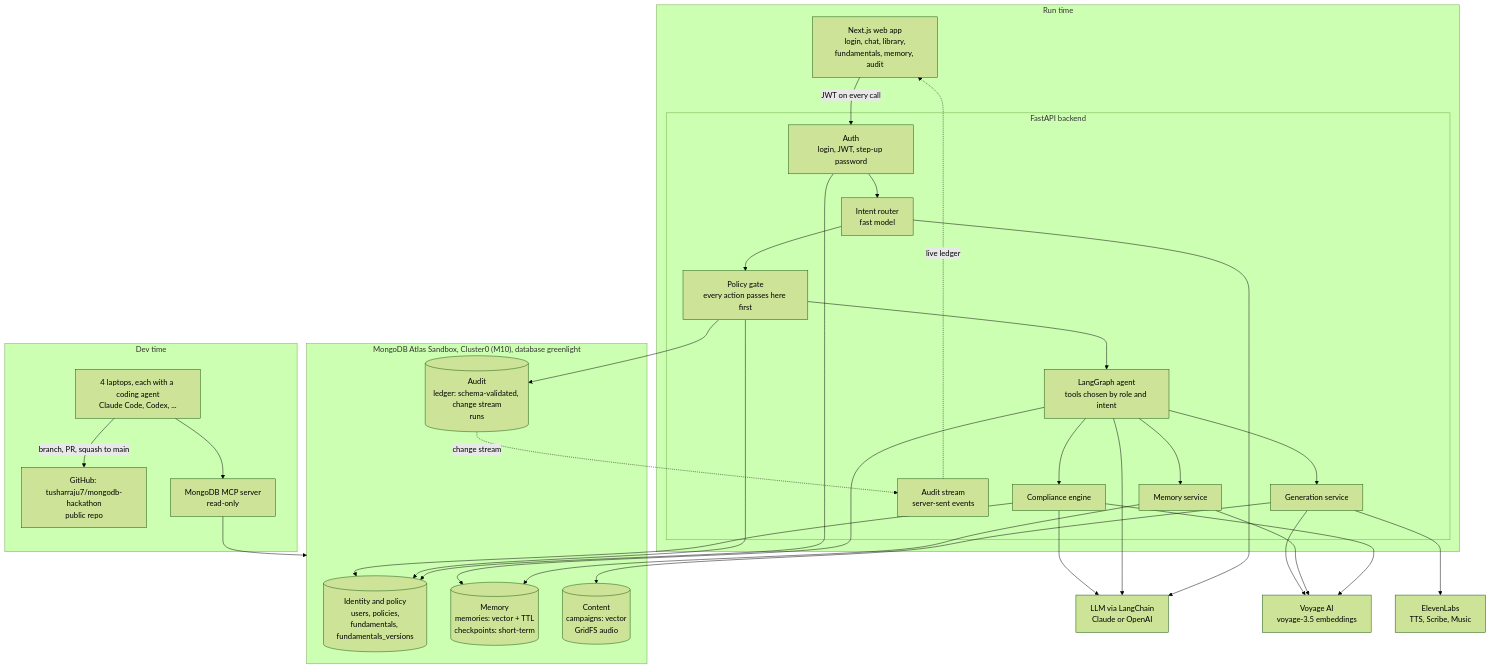
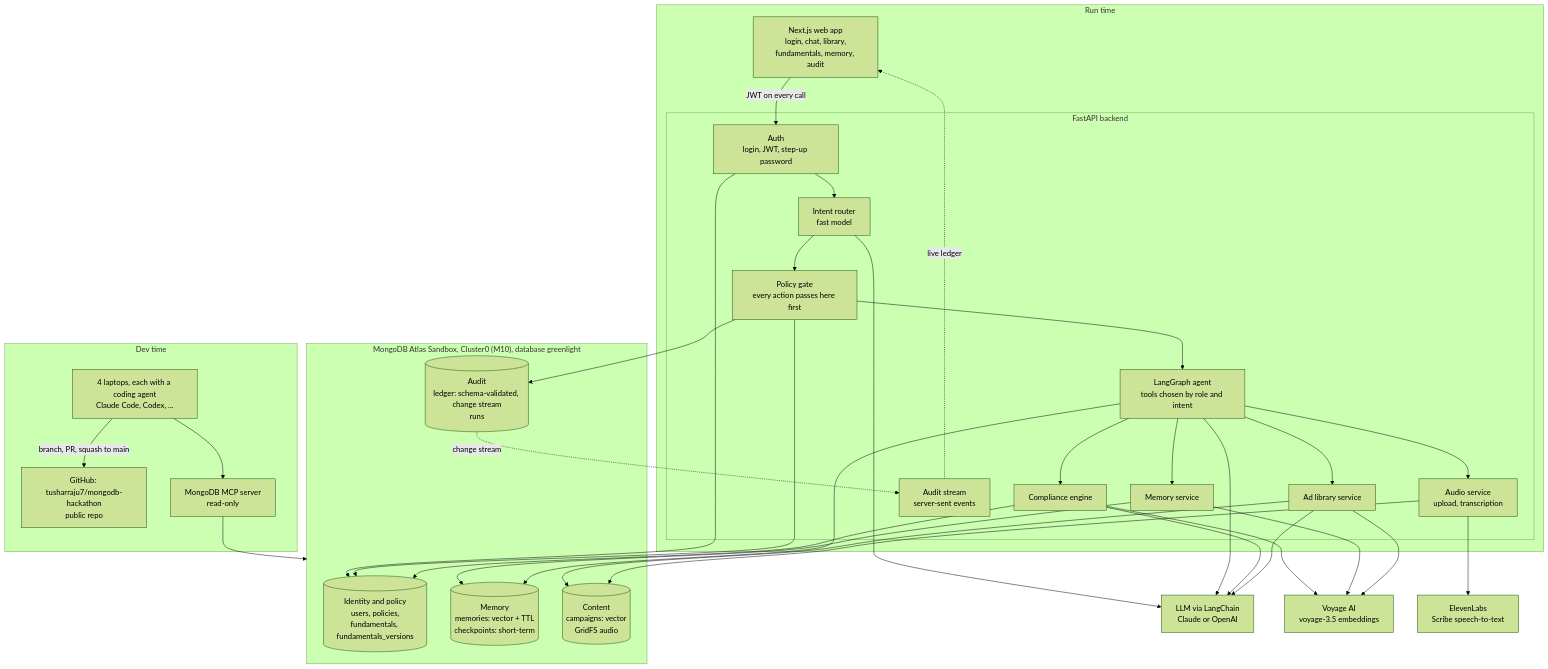
One commit to tusharraju7/mongodb-hackathon changed the diagram in docs/ARCHITECTURE.md. Above: the diagram before and after it, drawn with Mermaid (forest theme). The commit also changed other lines of this file and 7 other files, not shown here.

````diff
--- a/docs/ARCHITECTURE.md
+++ b/docs/ARCHITECTURE.md
@@ -22,58 +22,62 @@
 ```mermaid
 flowchart TB
   subgraph DEV["Dev time"]
     LAP["4 laptops, each with a coding agent<br/>Claude Code, Codex, ..."]
     GH["GitHub: tusharraju7/mongodb-hackathon<br/>public repo"]
     MCP["MongoDB MCP server<br/>read-only"]
     LAP -->|"branch, PR, squash to main"| GH
     LAP --> MCP
   end
 
   subgraph RUN["Run time"]
     WEB["Next.js web app<br/>login, chat, library,<br/>fundamentals, memory, audit"]
     subgraph API["FastAPI backend"]
       AUTH["Auth<br/>login, JWT, step-up password"]
       ROUTER["Intent router<br/>fast model"]
       GATE["Policy gate<br/>every action passes here first"]
       AGENT["LangGraph agent<br/>tools chosen by role and intent"]
       COMP["Compliance engine"]
       MEM["Memory service"]
-      GEN["Generation service"]
+      LIB["Ad library service"]
+      AUDIO["Audio service<br/>upload, transcription"]
       SSE["Audit stream<br/>server-sent events"]
     end
     WEB -->|"JWT on every call"| AUTH
     AUTH --> ROUTER --> GATE --> AGENT
     AGENT --> COMP
     AGENT --> MEM
-    AGENT --> GEN
+    AGENT --> LIB
+    AGENT --> AUDIO
     SSE -.->|"live ledger"| WEB
   end
 
   subgraph ATLAS["MongoDB Atlas Sandbox, Cluster0 (M10), database greenlight"]
     IDP[("Identity and policy<br/>users, policies,<br/>fundamentals, fundamentals_versions")]
     AUD[("Audit<br/>ledger: schema-validated, change stream<br/>runs")]
     MDB[("Memory<br/>memories: vector + TTL<br/>checkpoints: short-term")]
     CON[("Content<br/>campaigns: vector<br/>GridFS audio")]
   end
 
   LLM["LLM via LangChain<br/>Claude or OpenAI"]
   VOY["Voyage AI<br/>voyage-3.5 embeddings"]
-  EL["ElevenLabs<br/>TTS, Scribe, Music"]
+  EL["ElevenLabs<br/>Scribe speech-to-text"]
 
   AUTH --> IDP
   GATE --> IDP
   GATE --> AUD
   AUD -.->|"change stream"| SSE
   COMP --> IDP
   MEM --> MDB
   AGENT --> MDB
-  GEN --> CON
+  LIB --> CON
+  AUDIO --> CON
   ROUTER --> LLM
   AGENT --> LLM
   COMP --> LLM
   COMP --> VOY
   MEM --> VOY
-  GEN --> VOY
-  GEN --> EL
+  LIB --> VOY
+  LIB --> LLM
+  AUDIO --> EL
   MCP --> ATLAS
 ```
````
